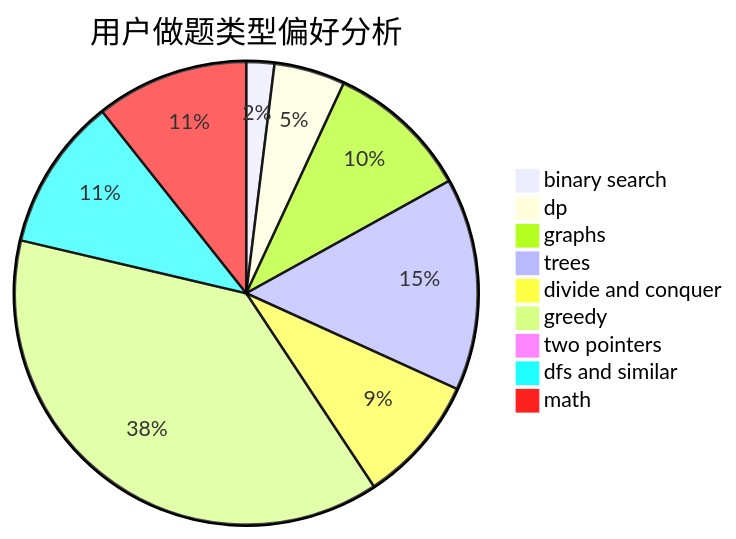
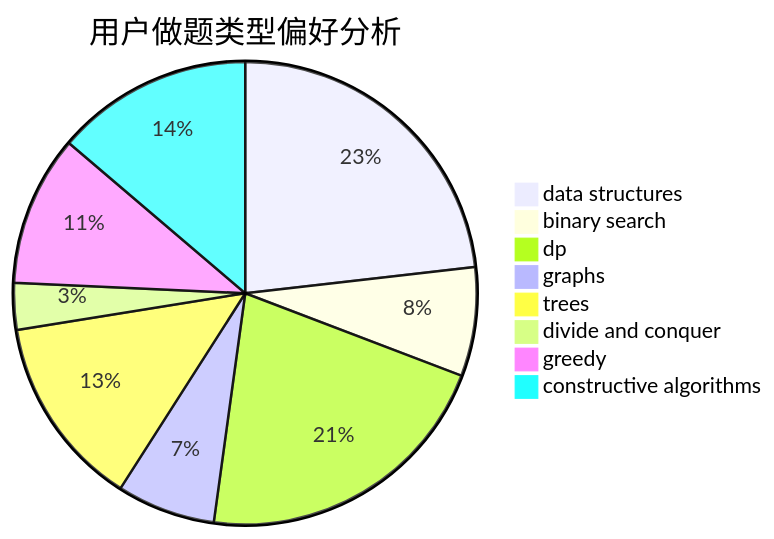
Before and after one commit to sherpahu/cfrs.github.io: the second of 3 diagrams in docs/user/u2027.md, drawn with Mermaid. The commit also changed other lines of this file and 2775 other files, not shown here.

````diff
--- a/docs/user/u2027.md
+++ b/docs/user/u2027.md
@@ -23,12 +23,11 @@
 ```mermaid
 pie title 用户做题类型偏好分析
-    "binary search" :  37
-    "dp" :  94
-    "graphs" :  190
-    "trees" :  281
-    "divide and conquer" :  169
-    "greedy" :  719
-    "two pointers" :  7
-    "dfs and similar" :  202
-    "math" :  202
+    "data structures" :  64
+    "binary search" :  21
+    "dp" :  59
+    "graphs" :  19
+    "trees" :  37
+    "divide and conquer" :  9
+    "greedy" :  29
+    "constructive algorithms" :  38
 ```
````
